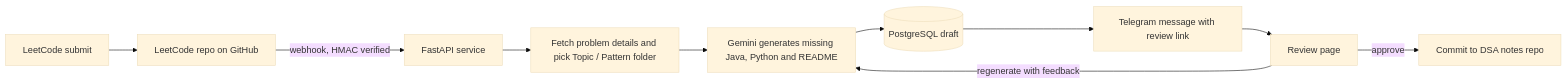
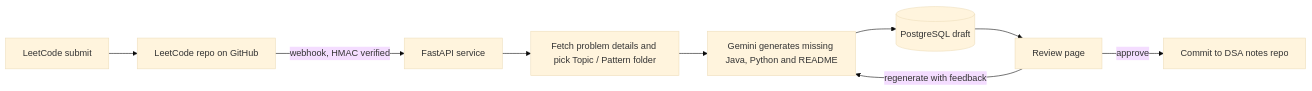
One commit to udayasri-2076/GEN-AI-Projects changed the diagram in DSA-Automation/README.md. Above: the diagram before and after it, drawn with Mermaid (base theme). The commit also changed other lines of this file, not shown here.

First line of the commit message:
Update README to remove Telegram Bot API details

````diff
--- a/DSA-Automation/README.md
+++ b/DSA-Automation/README.md
@@ -32,12 +31,11 @@
 ```mermaid
 flowchart LR
     A[LeetCode submit] --> B[LeetCode repo on GitHub]
     B -- webhook, HMAC verified --> C[FastAPI service]
     C --> D[Fetch problem details and pick Topic / Pattern folder]
     D --> E[Gemini generates missing Java, Python and README]
     E --> F[(PostgreSQL draft)]
-    F --> G[Telegram message with review link]
-    G --> H[Review page]
+    F --> H[Review page]
     H -- regenerate with feedback --> E
     H -- approve --> I[Commit to DSA notes repo]
 ```
````
